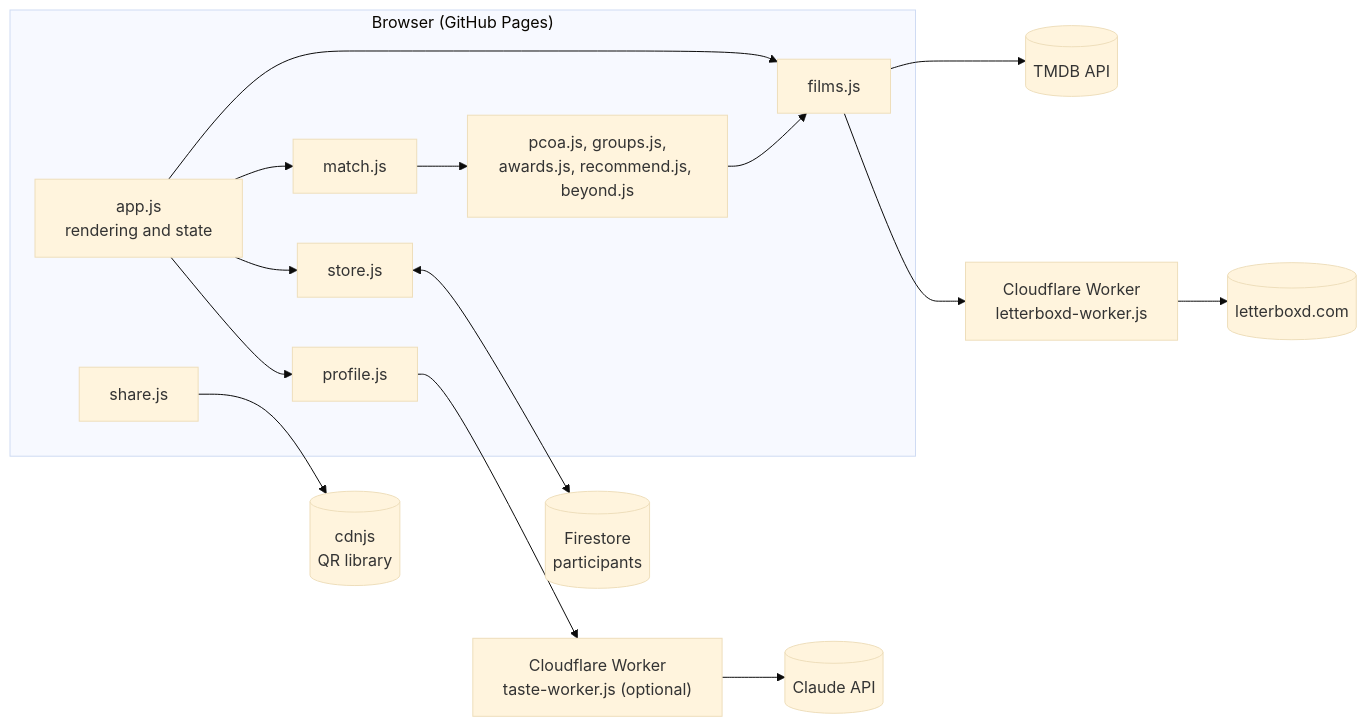
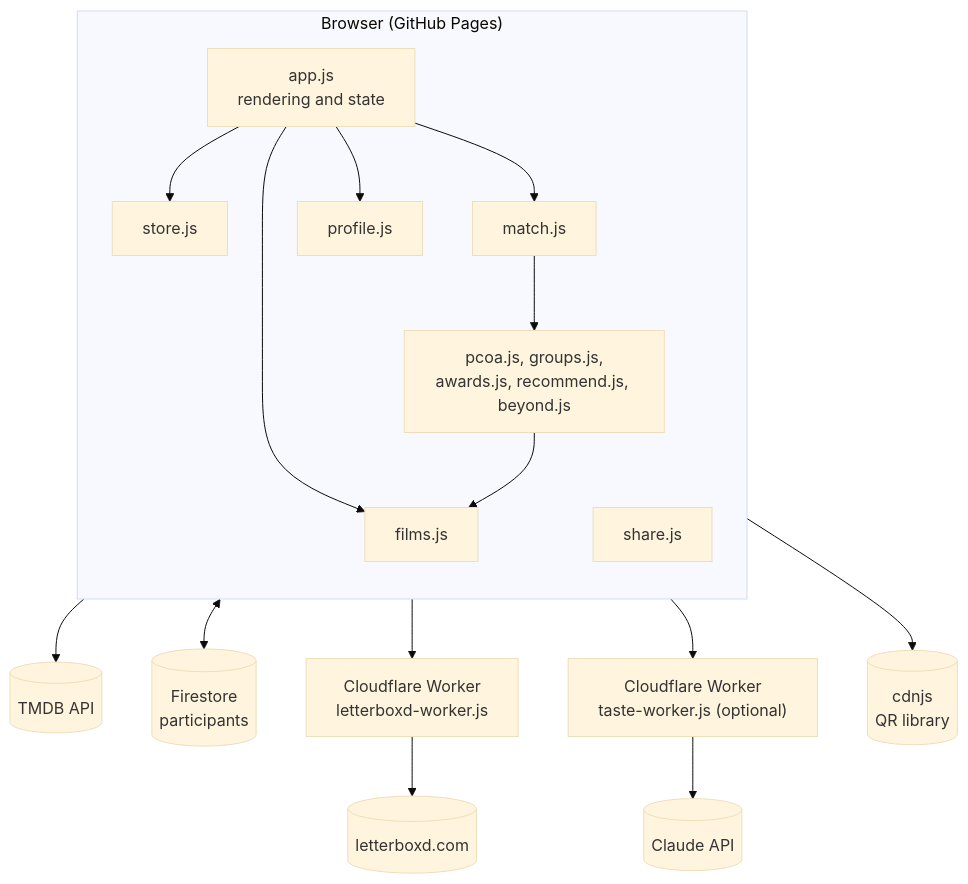
The diagram in README.md (SilasPA123/class-cinematch), drawn with Mermaid (base theme) before and after one commit.

Commit message:
README: lay the architecture diagram out top to bottom

````diff
--- a/README.md
+++ b/README.md
@@ -49,26 +49,27 @@
 ```mermaid
-flowchart LR
+flowchart TB
   subgraph Browser["Browser (GitHub Pages)"]
+    direction TB
     APP["app.js<br/>rendering and state"]
     FILMS["films.js"]
     STORE["store.js"]
     MATCH["match.js"]
     ANALYSIS["pcoa.js, groups.js,<br/>awards.js, recommend.js, beyond.js"]
     PROFILE["profile.js"]
     SHARE["share.js"]
   end
   TMDB[("TMDB API")]
   FS[("Firestore<br/>participants")]
   LBW["Cloudflare Worker<br/>letterboxd-worker.js"]
   LB[("letterboxd.com")]
   TW["Cloudflare Worker<br/>taste-worker.js (optional)"]
   CLAUDE[("Claude API")]
 
   APP --> FILMS --> TMDB
   FILMS --> LBW --> LB
   APP --> STORE <--> FS
   APP --> MATCH --> ANALYSIS
   ANALYSIS --> FILMS
   APP --> PROFILE --> TW --> CLAUDE
   SHARE --> CDN[("cdnjs<br/>QR library")]
 ```
````
